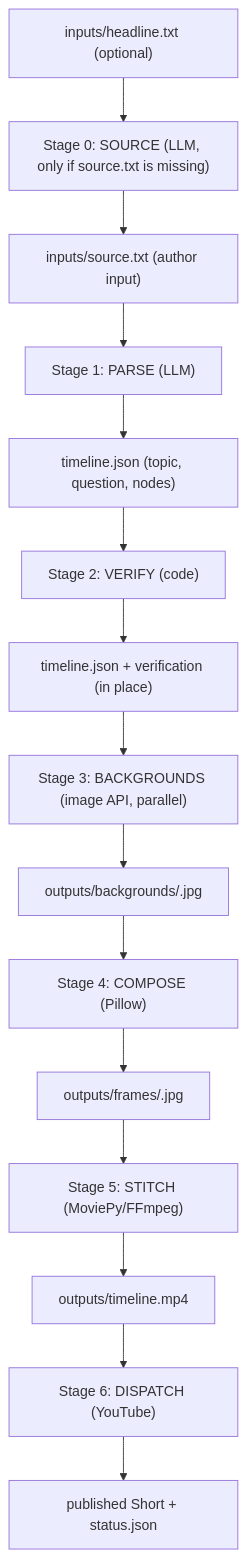
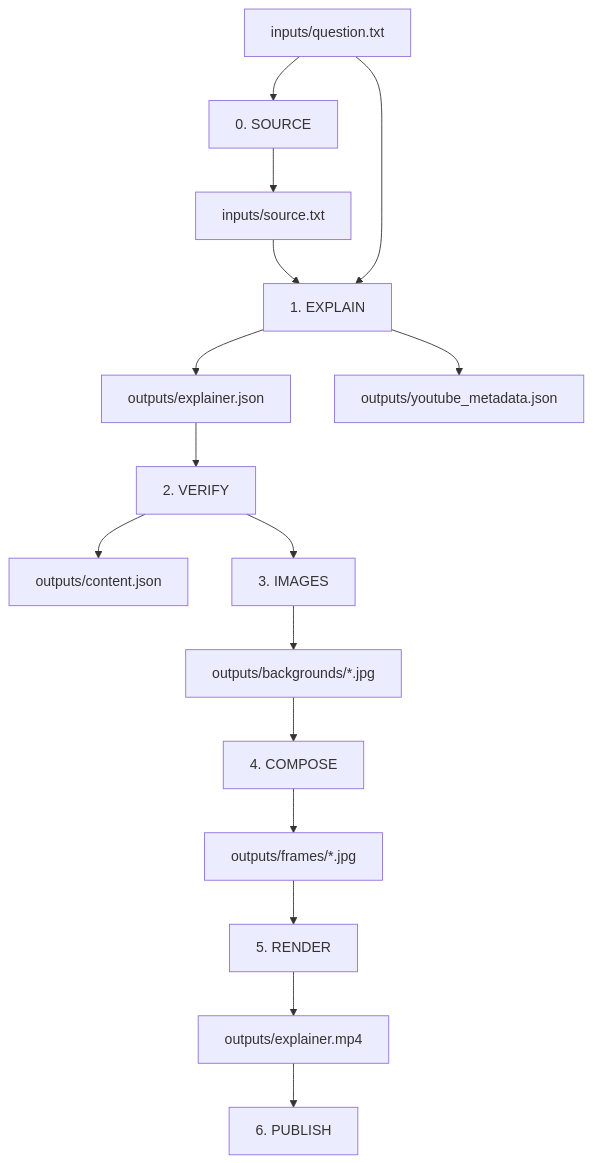
Before and after one commit to ishaniGupta27/knowthebigpicture: the diagram in docs/DESIGN.md, drawn with Mermaid. The commit also changed other lines of this file and 66 other files, not shown here.

````diff
--- a/docs/DESIGN.md
+++ b/docs/DESIGN.md
@@ -50,17 +64,18 @@
 ```mermaid
 flowchart TD
-    HL["inputs/headline.txt (optional)"] --> S0["Stage 0: SOURCE (LLM, only if source.txt is missing)"]
-    S0 --> SRC["inputs/source.txt (author input)"]
-    SRC --> S1["Stage 1: PARSE (LLM)"]
-    S1 --> TL["timeline.json (topic, question, nodes)"]
-    TL --> S2["Stage 2: VERIFY (code)"]
-    S2 --> TLV["timeline.json + verification (in place)"]
-    TLV --> S3["Stage 3: BACKGROUNDS (image API, parallel)"]
-    S3 --> BG["outputs/backgrounds/<id>.jpg"]
-    BG --> S4["Stage 4: COMPOSE (Pillow)"]
-    S4 --> FR["outputs/frames/<id>.jpg"]
-    FR --> S5["Stage 5: STITCH (MoviePy/FFmpeg)"]
-    S5 --> MP4["outputs/timeline.mp4"]
-    MP4 --> S6["Stage 6: DISPATCH (YouTube)"]
-    S6 --> PUB["published Short + status.json"]
+    Q["inputs/question.txt"] --> S0["0. SOURCE"]
+    S0 --> SRC["inputs/source.txt"]
+    SRC --> S1["1. EXPLAIN"]
+    Q --> S1
+    S1 --> E["outputs/explainer.json"]
+    S1 --> M["outputs/youtube_metadata.json"]
+    E --> S2["2. VERIFY"]
+    S2 --> C["outputs/content.json"]
+    S2 --> S3["3. IMAGES"]
+    S3 --> BG["outputs/backgrounds/*.jpg"]
+    BG --> S4["4. COMPOSE"]
+    S4 --> F["outputs/frames/*.jpg"]
+    F --> S5["5. RENDER"]
+    S5 --> V["outputs/explainer.mp4"]
+    V --> S6["6. PUBLISH"]
 ```
````
